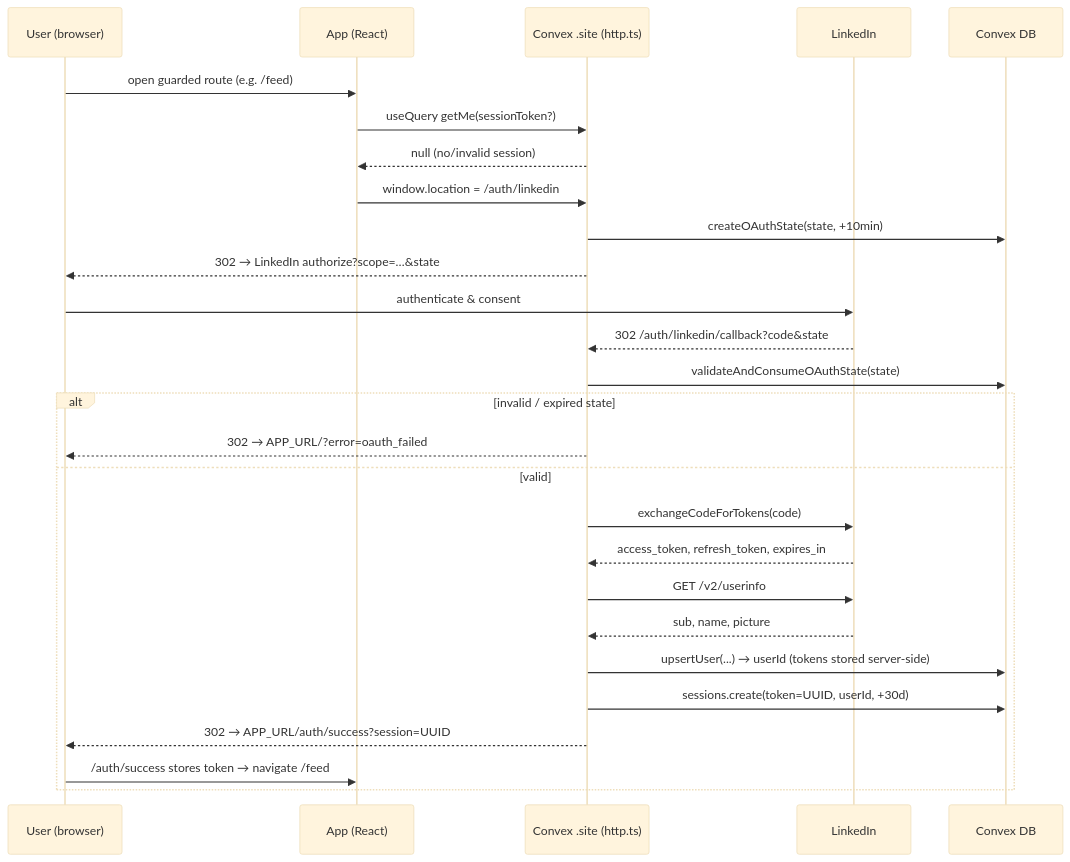
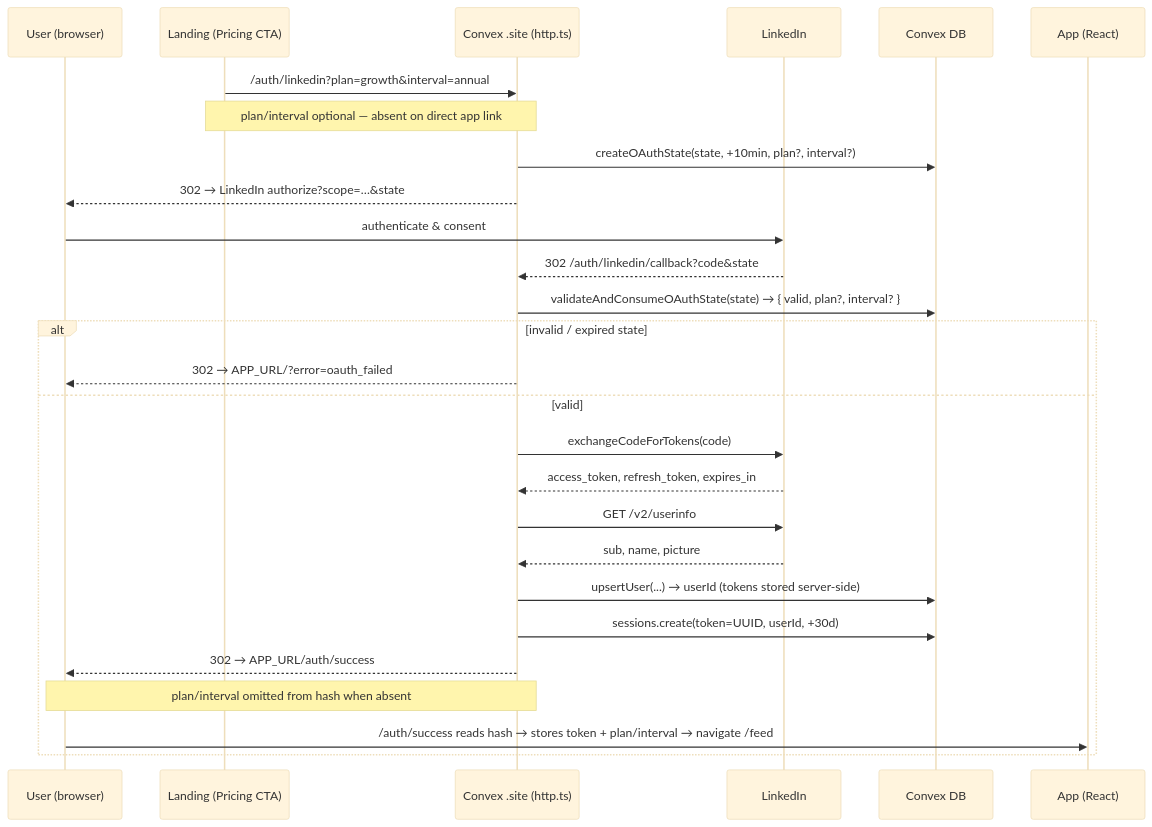
The third of 19 diagrams in docs/PLATFORM.md (henriko202/glowing-octo-guide), drawn with Mermaid (base theme) before and after one commit. The commit also changed other lines of this file and 21 other files, not shown here.

````diff
--- a/docs/PLATFORM.md
+++ b/docs/PLATFORM.md
@@ -718,30 +728,30 @@
 ```mermaid
 sequenceDiagram
   participant U as User (browser)
-  participant A as App (React)
+  participant LP as Landing (Pricing CTA)
   participant CV as Convex .site (http.ts)
   participant LI as LinkedIn
   participant DB as Convex DB
+  participant A as App (React)
 
-  U->>A: open guarded route (e.g. /feed)
-  A->>CV: useQuery getMe(sessionToken?)
-  CV-->>A: null (no/invalid session)
-  A->>CV: window.location = /auth/linkedin
-  CV->>DB: createOAuthState(state, +10min)
+  LP->>CV: /auth/linkedin?plan=growth&interval=annual
+  Note over LP,CV: plan/interval optional — absent on direct app link
+  CV->>DB: createOAuthState(state, +10min, plan?, interval?)
   CV-->>U: 302 → LinkedIn authorize?scope=…&state
   U->>LI: authenticate & consent
   LI-->>CV: 302 /auth/linkedin/callback?code&state
-  CV->>DB: validateAndConsumeOAuthState(state)
+  CV->>DB: validateAndConsumeOAuthState(state) → { valid, plan?, interval? }
   alt invalid / expired state
     CV-->>U: 302 → APP_URL/?error=oauth_failed
   else valid
     CV->>LI: exchangeCodeForTokens(code)
     LI-->>CV: access_token, refresh_token, expires_in
     CV->>LI: GET /v2/userinfo
     LI-->>CV: sub, name, picture
     CV->>DB: upsertUser(...) → userId  (tokens stored server-side)
     CV->>DB: sessions.create(token=UUID, userId, +30d)
-    CV-->>U: 302 → APP_URL/auth/success?session=UUID
-    U->>A: /auth/success stores token → navigate /feed
+    CV-->>U: 302 → APP_URL/auth/success#session=UUID&plan=growth&interval=annual
+    Note over CV,U: plan/interval omitted from hash when absent
+    U->>A: /auth/success reads hash → stores token + plan/interval → navigate /feed
   end
 ```
````
